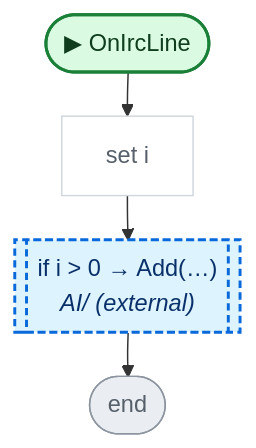
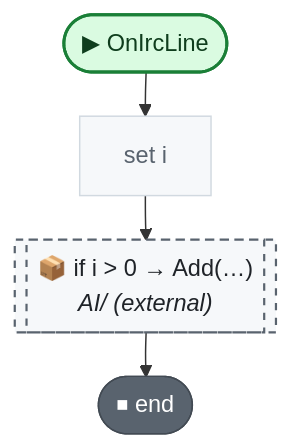
Before and after one commit to nataiai/Lord-of-the-Dungeon: the sixth of 8 diagrams in CodeGraph~/graph/AI/UnifiedChat.cs.md, drawn with Mermaid. The commit also changed other lines of this file and 57 other files, not shown here.

````diff
--- a/CodeGraph~/graph/AI/UnifiedChat.cs.md
+++ b/CodeGraph~/graph/AI/UnifiedChat.cs.md
@@ -291,35 +293,35 @@
 ```mermaid
 ---
 config:
   flowchart:
     wrappingWidth: 260
     nodeSpacing: 26
     rankSpacing: 30
 ---
 flowchart TD
   nS(["▶ OnIrcLine"])
   n3e4f08["set i"]
-  n744bd2[["if i #62; 0 → Add(…)<br><i>AI/ (external)</i>"]]
-  nE(["end"])
+  n744bd2[["📦 if i #62; 0 → Add(…)<br><i>AI/ (external)</i>"]]
+  nE(["⏹ end"])
   nS --> n3e4f08
   n3e4f08 --> n744bd2
   n744bd2 --> nE
   classDef unity fill:#dafbe1,stroke:#1a7f37,stroke-width:2px,color:#0f3d1d
   classDef start fill:#dafbe1,stroke:#1a7f37,stroke-width:2px,color:#0f3d1d
-  classDef calc fill:#ffffff,stroke:#d0d7de,color:#57606a
+  classDef calc fill:#f6f8fa,stroke:#d1d9e0,color:#59636e
   classDef calls fill:#ddf4ff,stroke:#0969da,stroke-width:2px,color:#0a3069
-  classDef ext fill:#ddf4ff,stroke:#0969da,stroke-width:2px,stroke-dasharray:5 3,color:#0a3069
-  classDef cond fill:#fff8c5,stroke:#bf8700,stroke-width:1.5px,color:#3d2a00
-  classDef loop fill:#f6f8fa,stroke:#57606a,color:#1f2328
-  classDef exit fill:#ffebe9,stroke:#cf222e,color:#82071e
+  classDef ext fill:#f6f8fa,stroke:#59636e,stroke-width:1.5px,stroke-dasharray:5 5,color:#1f2328
+  classDef cond fill:#fff8c5,stroke:#9a6700,stroke-width:1.5px,color:#3d2a00
+  classDef loop fill:#fff8c5,stroke:#9a6700,color:#3d2a00
+  classDef wait fill:#fff8c5,stroke:#9a6700,color:#3d2a00
+  classDef exit fill:#59636e,stroke:#424a53,color:#ffffff
+  classDef fin fill:#59636e,stroke:#424a53,color:#ffffff
+  classDef act fill:#ffffff,stroke:#59636e,stroke-width:1.5px,color:#1f2328
   classDef kill fill:#ffebe9,stroke:#cf222e,stroke-width:2px,color:#82071e
-  classDef spawn fill:#dafbe1,stroke:#1a7f37,stroke-width:2px,color:#0f3d1d
-  classDef wait fill:#fff1e5,stroke:#bc4c00,color:#4d1d00
-  classDef fin fill:#eaeef2,stroke:#8c959f,color:#57606a
   classDef join fill:#d0d7de,stroke:#8c959f,color:#57606a
   classDef ghdr fill:#f5f9ff,stroke:#f5f9ff,color:#0a3069,font-weight:bold
   class n3e4f08 calc
   class n744bd2 ext
   class nE fin
   class nS start
 ```
````
